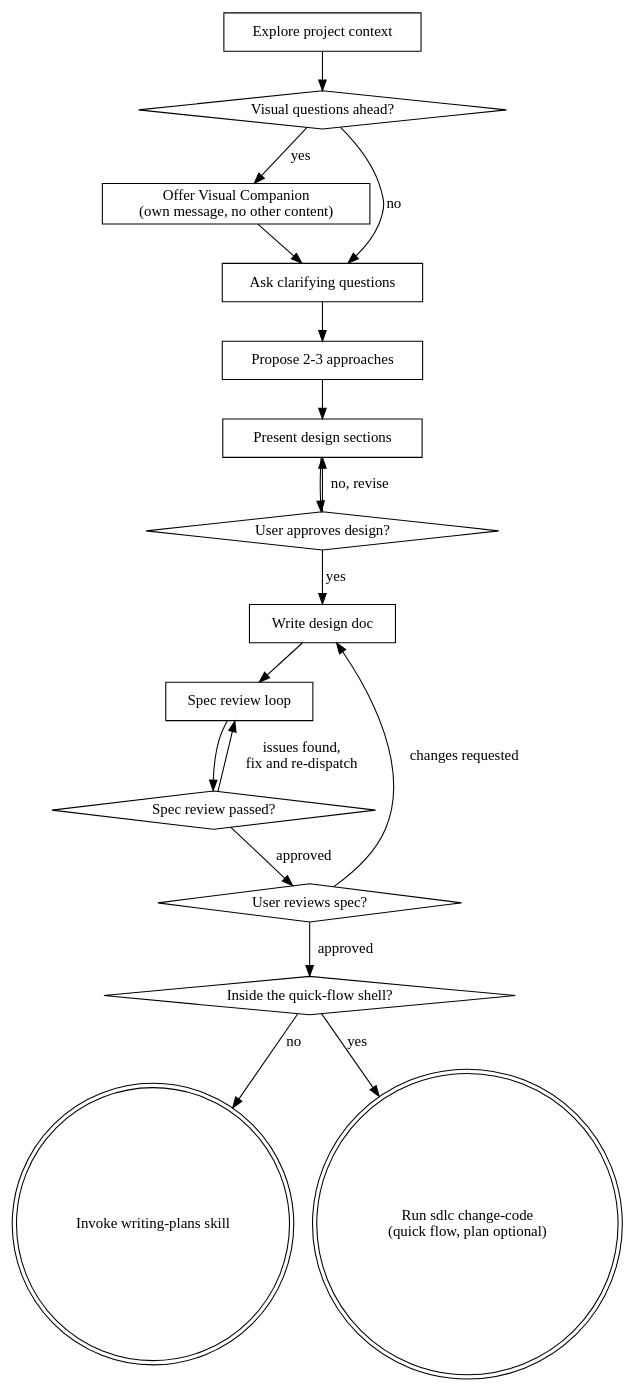
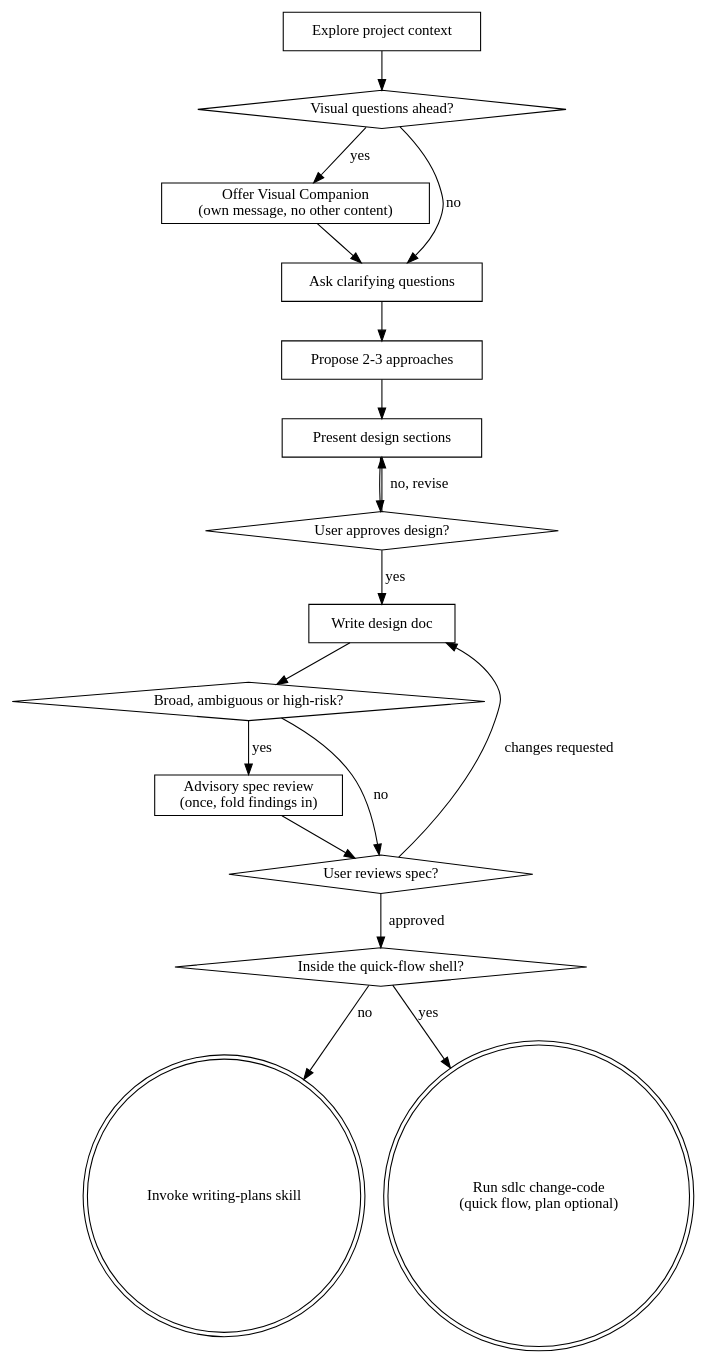
Before and after one commit to xianxu/ariadne: the diagram in construct/adapted/superpowers-brainstorming/SKILL.md, drawn with Graphviz. The commit also changed other lines of this file and 7 other files, not shown here.

First line of the commit message:
#228: spec and plan reviewers are advisory; change-code owns plan review

````diff
--- a/construct/adapted/superpowers-brainstorming/SKILL.md
+++ b/construct/adapted/superpowers-brainstorming/SKILL.md
@@ -47,36 +47,36 @@
 ```dot
 digraph brainstorming {
     "Explore project context" [shape=box];
     "Visual questions ahead?" [shape=diamond];
     "Offer Visual Companion\n(own message, no other content)" [shape=box];
     "Ask clarifying questions" [shape=box];
     "Propose 2-3 approaches" [shape=box];
     "Present design sections" [shape=box];
     "User approves design?" [shape=diamond];
     "Write design doc" [shape=box];
-    "Spec review loop" [shape=box];
-    "Spec review passed?" [shape=diamond];
+    "Broad, ambiguous or high-risk?" [shape=diamond];
+    "Advisory spec review\n(once, fold findings in)" [shape=box];
     "User reviews spec?" [shape=diamond];
     "Inside the quick-flow shell?" [shape=diamond];
     "Invoke writing-plans skill" [shape=doublecircle];
     "Run sdlc change-code\n(quick flow, plan optional)" [shape=doublecircle];
 
     "Explore project context" -> "Visual questions ahead?";
     "Visual questions ahead?" -> "Offer Visual Companion\n(own message, no other content)" [label="yes"];
     "Visual questions ahead?" -> "Ask clarifying questions" [label="no"];
     "Offer Visual Companion\n(own message, no other content)" -> "Ask clarifying questions";
     "Ask clarifying questions" -> "Propose 2-3 approaches";
     "Propose 2-3 approaches" -> "Present design sections";
     "Present design sections" -> "User approves design?";
     "User approves design?" -> "Present design sections" [label="no, revise"];
     "User approves design?" -> "Write design doc" [label="yes"];
-    "Write design doc" -> "Spec review loop";
-    "Spec review loop" -> "Spec review passed?";
-    "Spec review passed?" -> "Spec review loop" [label="issues found,\nfix and re-dispatch"];
-    "Spec review passed?" -> "User reviews spec?" [label="approved"];
+    "Write design doc" -> "Broad, ambiguous or high-risk?";
+    "Broad, ambiguous or high-risk?" -> "Advisory spec review\n(once, fold findings in)" [label="yes"];
+    "Broad, ambiguous or high-risk?" -> "User reviews spec?" [label="no"];
+    "Advisory spec review\n(once, fold findings in)" -> "User reviews spec?";
     "User reviews spec?" -> "Write design doc" [label="changes requested"];
     "User reviews spec?" -> "Inside the quick-flow shell?" [label="approved"];
     "Inside the quick-flow shell?" -> "Invoke writing-plans skill" [label="no"];
     "Inside the quick-flow shell?" -> "Run sdlc change-code\n(quick flow, plan optional)" [label="yes"];
 }
 ```
````
